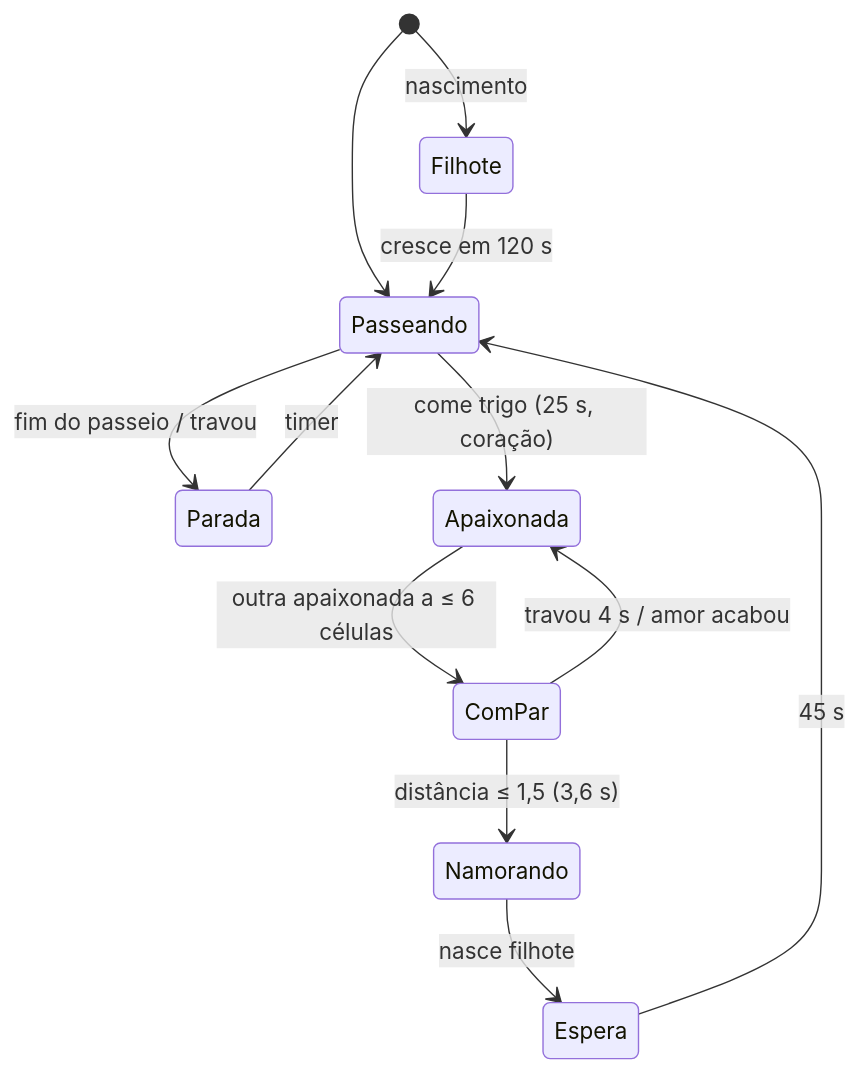
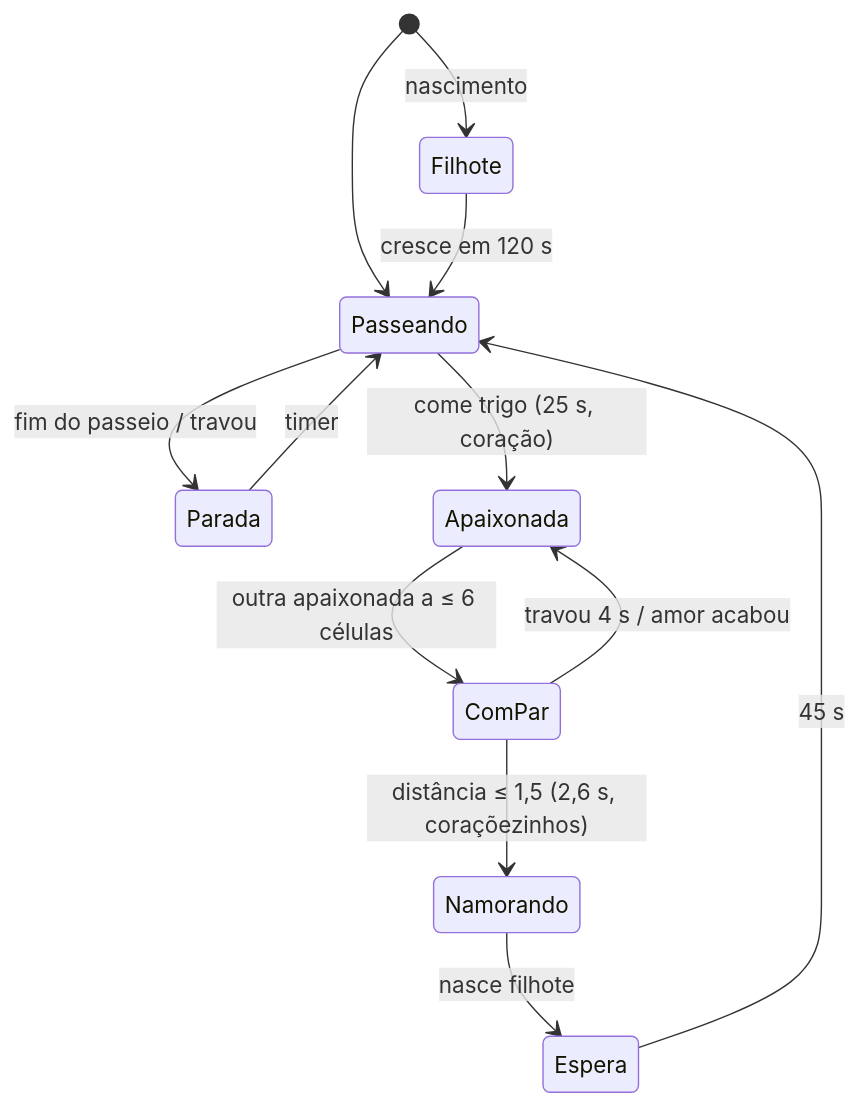
One commit to maiam/mundoblocos-2d changed the fifth of 7 diagrams in docs/MAPS.md. Above: the diagram before and after it, drawn with Mermaid. The commit also changed 20 other files, not shown here.

````diff
--- a/docs/MAPS.md
+++ b/docs/MAPS.md
@@ -91,14 +91,14 @@
 ```mermaid
 stateDiagram-v2
   [*] --> Passeando
   Passeando --> Parada: fim do passeio / travou
   Parada --> Passeando: timer
   Passeando --> Apaixonada: come trigo (25 s, coração)
   Apaixonada --> ComPar: outra apaixonada a ≤ 6 células
-  ComPar --> Namorando: distância ≤ 1,5 (3,6 s)
+  ComPar --> Namorando: distância ≤ 1,5 (2,6 s, coraçõezinhos)
   ComPar --> Apaixonada: travou 4 s / amor acabou
   Namorando --> Espera: nasce filhote
   Espera --> Passeando: 45 s
   [*] --> Filhote: nascimento
   Filhote --> Passeando: cresce em 120 s
 ```
````
